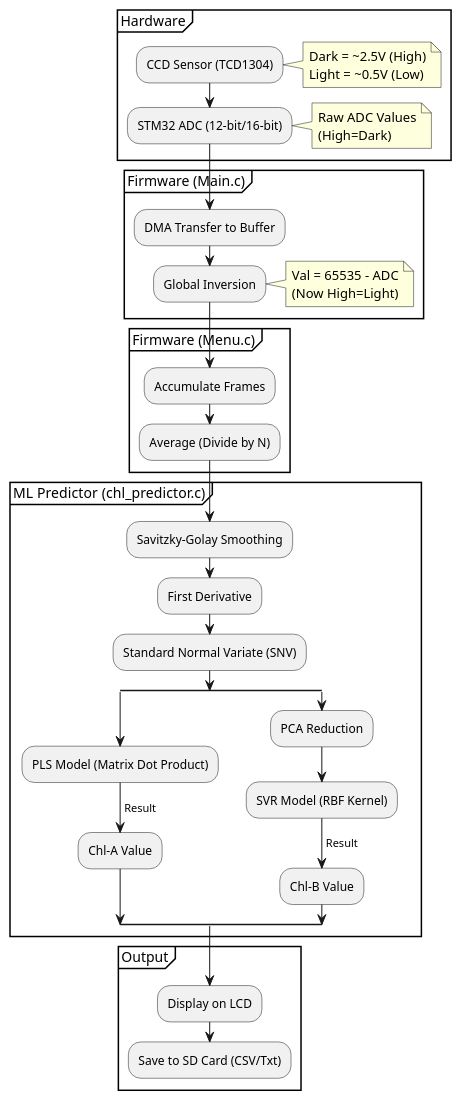
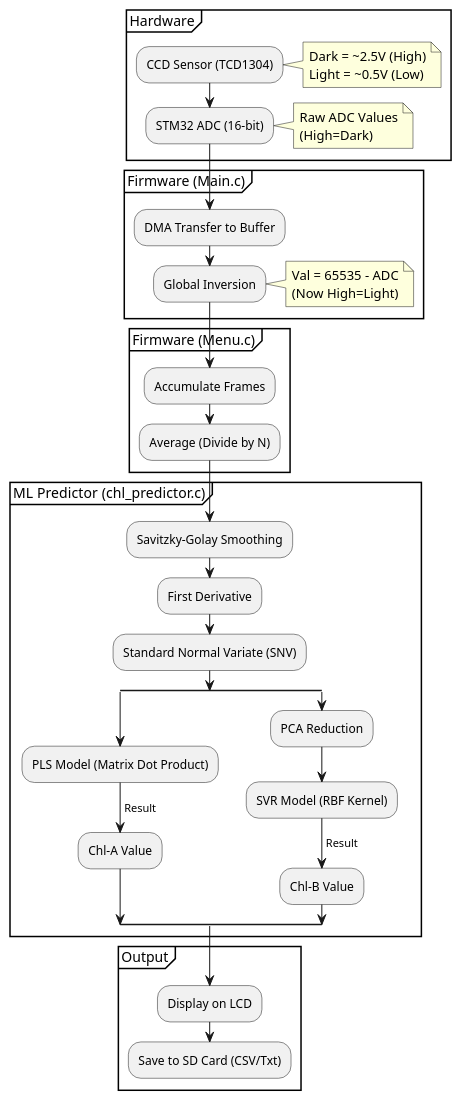
The fifth of 5 diagrams in system_diagrams.md (kenura-uoc/TCD1304_CCD_480MHz_FINAL), drawn with PlantUML before and after one commit. The commit also changed 24 other files, not shown here.

````diff
--- a/system_diagrams.md
+++ b/system_diagrams.md
@@ -223,46 +223,46 @@
 ```plantuml
 @startuml
 skinparam cloudBackgroundColor white
 
 partition "Hardware" {
     :CCD Sensor (TCD1304);
     note right: Dark = ~2.5V (High)\nLight = ~0.5V (Low)
-    :STM32 ADC (12-bit/16-bit);
+    :STM32 ADC (16-bit);
     note right: Raw ADC Values\n(High=Dark)
 }
 
 partition "Firmware (Main.c)" {
     :DMA Transfer to Buffer;
     :Global Inversion;
     note right: Val = 65535 - ADC\n(Now High=Light)
 }
 
 partition "Firmware (Menu.c)" {
     :Accumulate Frames;
     :Average (Divide by N);
 }
 
 partition "ML Predictor (chl_predictor.c)" {
     :Savitzky-Golay Smoothing;
     :First Derivative;
     :Standard Normal Variate (SNV);
     
     split
         :PLS Model (Matrix Dot Product);
         -> Result;
         :Chl-A Value;
     split again
         :PCA Reduction;
         :SVR Model (RBF Kernel);
         -> Result;
         :Chl-B Value;
     end split
 }
 
 partition "Output" {
     :Display on LCD;
     :Save to SD Card (CSV/Txt);
 }
 
 @enduml
 ```
````
